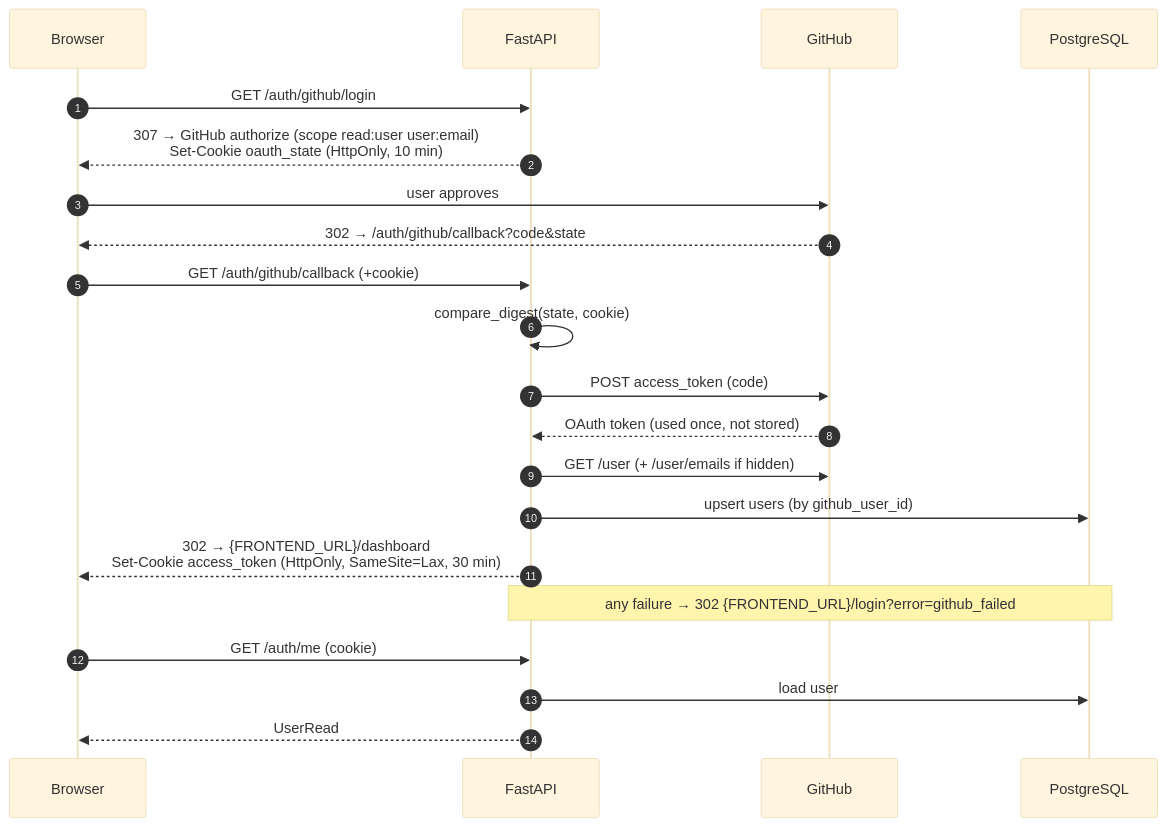
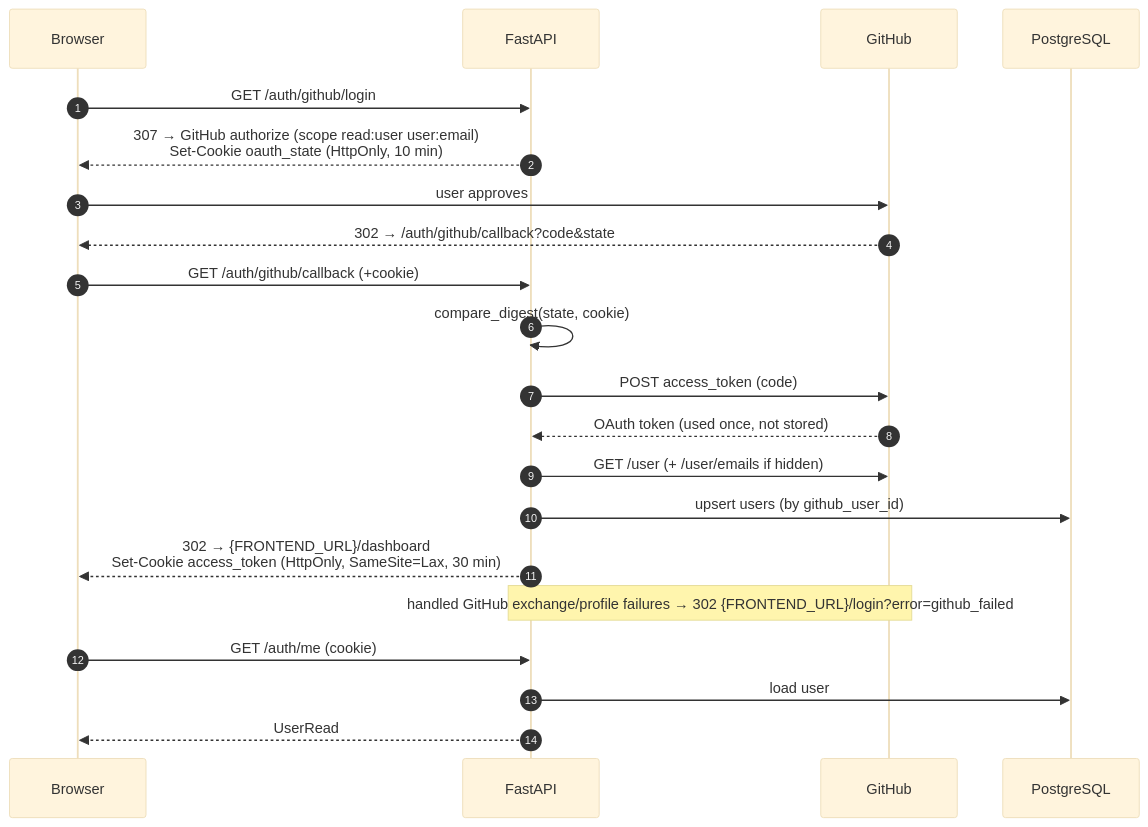
Before and after one commit to cloudcopolit/ai-cloud-deployment-platform: the first of 9 diagrams in project_context/07-workflows-and-sequences.md, drawn with Mermaid (base theme). The commit also changed other lines of this file and 17 other files, not shown here.

````diff
--- a/project_context/07-workflows-and-sequences.md
+++ b/project_context/07-workflows-and-sequences.md
@@ -7,23 +7,23 @@
 ```mermaid
 sequenceDiagram
     autonumber
     participant B as Browser
     participant API as FastAPI
     participant GH as GitHub
     participant DB as PostgreSQL
     B->>API: GET /auth/github/login
     API-->>B: 307 → GitHub authorize (scope read:user user:email)<br/>Set-Cookie oauth_state (HttpOnly, 10 min)
     B->>GH: user approves
     GH-->>B: 302 → /auth/github/callback?code&state
     B->>API: GET /auth/github/callback (+cookie)
     API->>API: compare_digest(state, cookie)
     API->>GH: POST access_token (code)
     GH-->>API: OAuth token (used once, not stored)
     API->>GH: GET /user (+ /user/emails if hidden)
     API->>DB: upsert users (by github_user_id)
     API-->>B: 302 → {FRONTEND_URL}/dashboard<br/>Set-Cookie access_token (HttpOnly, SameSite=Lax, 30 min)
-    Note over API,DB: any failure → 302 {FRONTEND_URL}/login?error=github_failed
+    Note over API,GH: handled GitHub exchange/profile failures → 302 {FRONTEND_URL}/login?error=github_failed
     B->>API: GET /auth/me (cookie)
     API->>DB: load user
     API-->>B: UserRead
 ```
````
